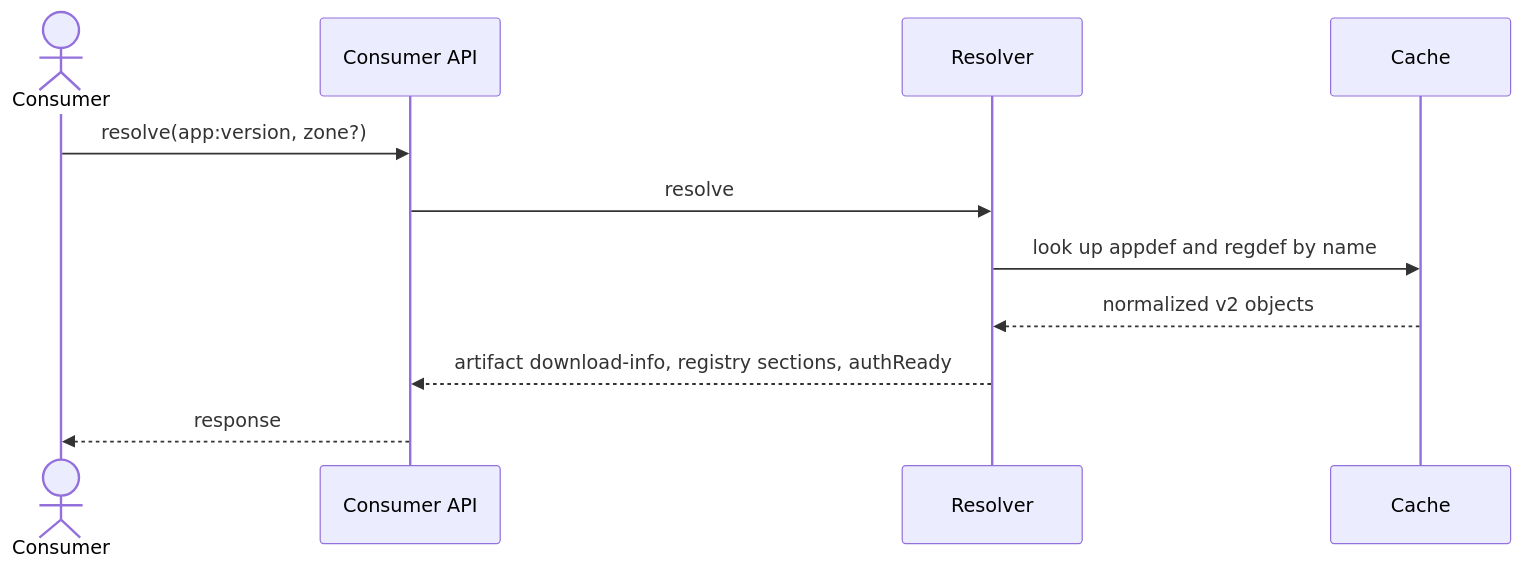
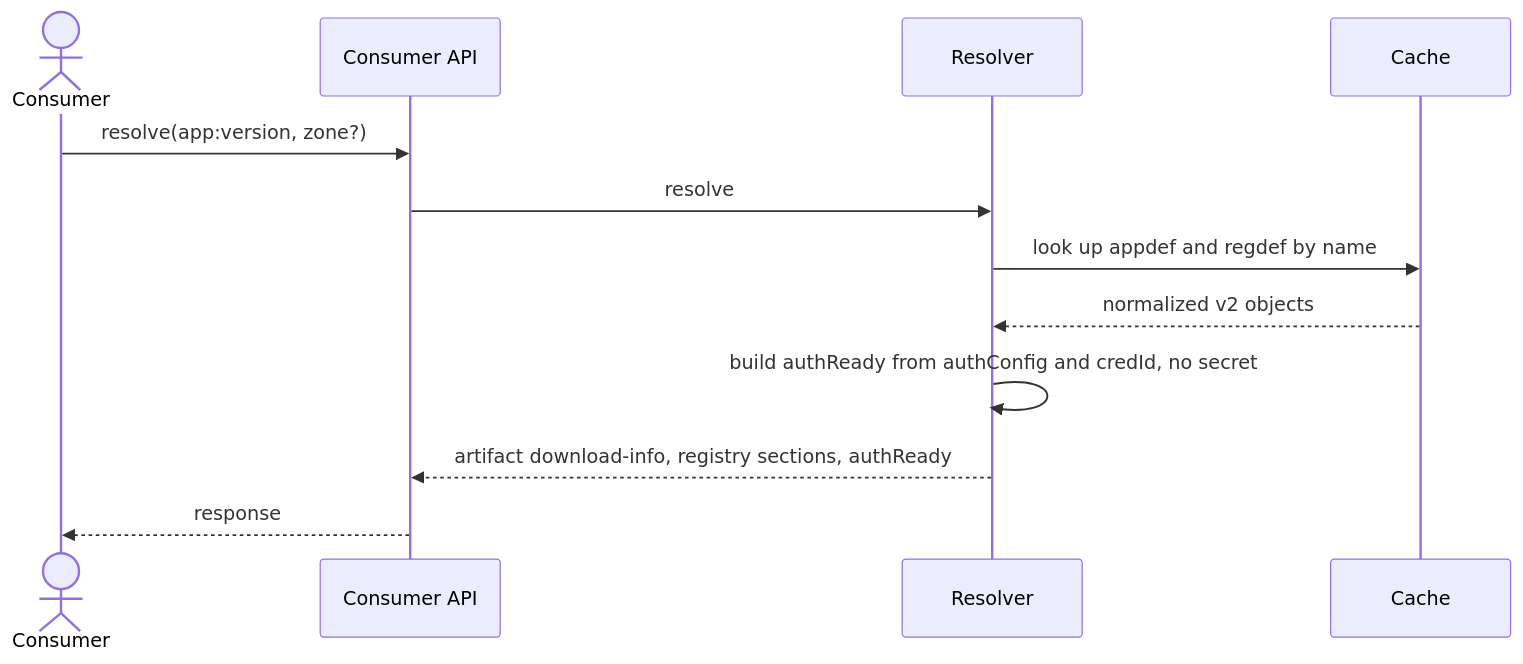
The third of 5 diagrams in docs/analysis/app-reg-def-service/design/architecture.md (Netcracker/qubership-envgene), drawn with Mermaid before and after one commit. The commit also changed other lines of this file, not shown here.

First line of the commit message:
docs: address architecture.md review (round 1)

````diff
--- a/docs/analysis/app-reg-def-service/design/architecture.md
+++ b/docs/analysis/app-reg-def-service/design/architecture.md
@@ -69,13 +73,14 @@
 ```mermaid
 sequenceDiagram
   actor C as Consumer
   participant API as Consumer API
   participant R as Resolver
   participant Cache
   C->>API: resolve(app:version, zone?)
   API->>R: resolve
   R->>Cache: look up appdef and regdef by name
   Cache-->>R: normalized v2 objects
+  R->>R: build authReady from authConfig and credId, no secret
   R-->>API: artifact download-info, registry sections, authReady
   API-->>C: response
 ```
````
